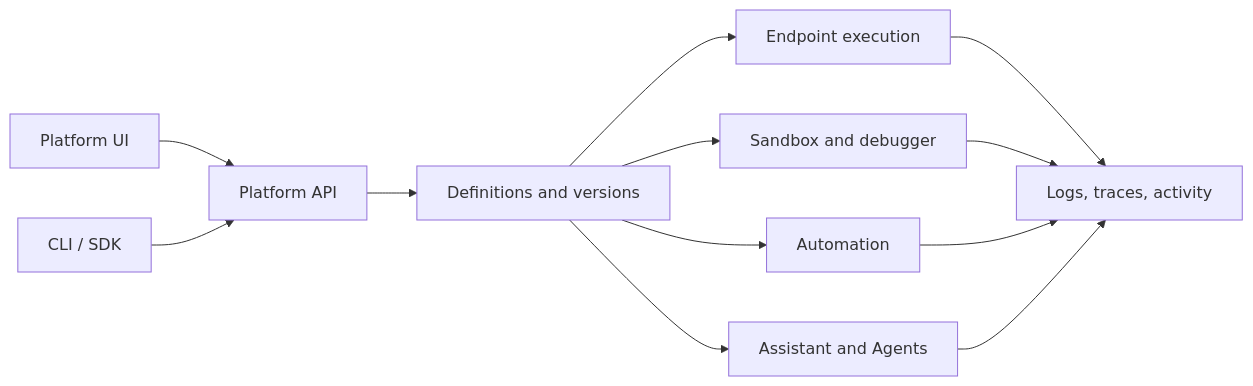
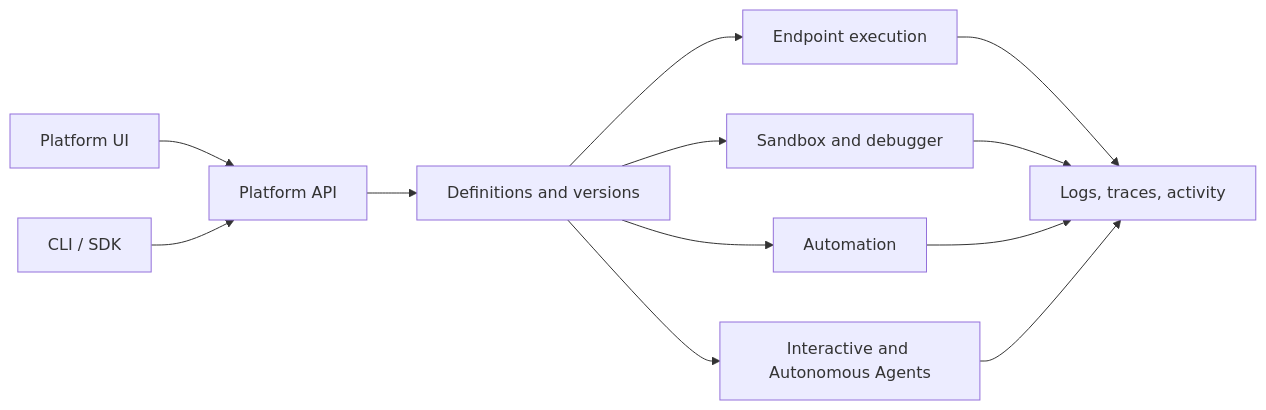
Before and after one commit to RevoEngine/public-docs: the diagram in introduction.mdx, drawn with Mermaid. The commit also changed other lines of this file and 84 other files, not shown here.

````diff
--- a/introduction.mdx
+++ b/introduction.mdx
@@ -35,14 +37,14 @@
 ```mermaid
 flowchart LR
     UI["Platform UI"] --> CP["Platform API"]
     CLI["CLI / SDK"] --> CP
     CP --> D["Definitions and versions"]
     D --> E["Endpoint execution"]
     D --> S["Sandbox and debugger"]
     D --> A["Automation"]
-    D --> AI["Assistant and Agents"]
+    D --> AI["Interactive and Autonomous Agents"]
     E --> O["Logs, traces, activity"]
     S --> O
     A --> O
     AI --> O
 ```
````
